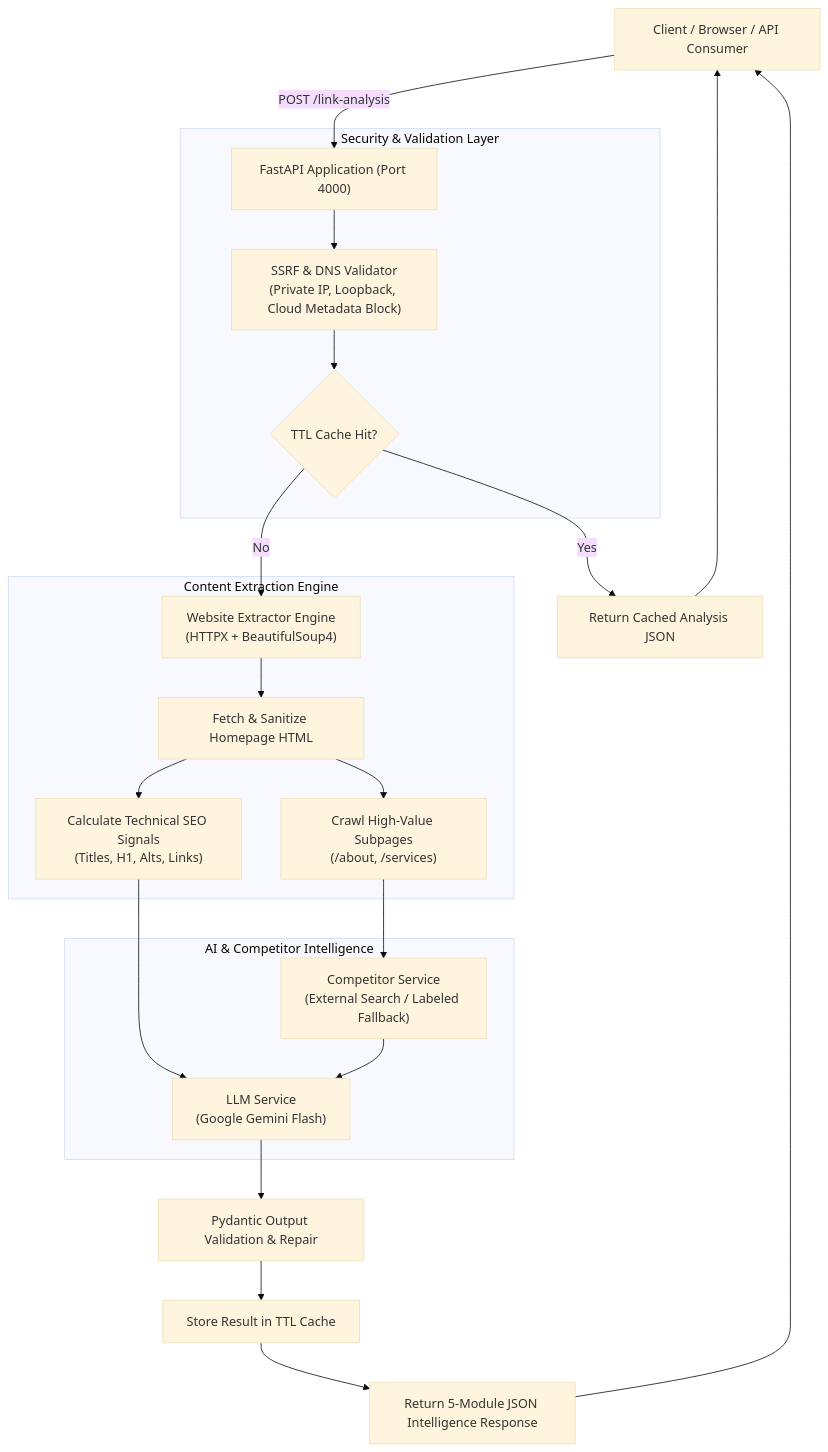
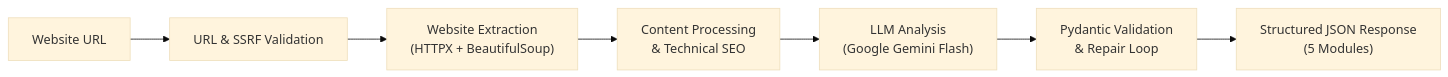
Before and after one commit to SyedAman1907/Site_PulseAI: the diagram in README.md, drawn with Mermaid (base theme). The commit also changed other lines of this file, not shown here.

````diff
--- a/README.md
+++ b/README.md
@@ -78,30 +63,9 @@
 ```mermaid
-flowchart TD
-    Client["Client / Browser / API Consumer"] -->|POST /link-analysis| API["FastAPI Application (Port 4000)"]
-    
-    subgraph Security ["Security & Validation Layer"]
-        API --> VAL["SSRF & DNS Validator\n(Private IP, Loopback, Cloud Metadata Block)"]
-        VAL --> CACHE{"TTL Cache Hit?"}
-    end
-
-    CACHE -->|Yes| RespFast["Return Cached Analysis JSON"]
-    CACHE -->|No| EXT["Website Extractor Engine\n(HTTPX + BeautifulSoup4)"]
-
-    subgraph Extraction ["Content Extraction Engine"]
-        EXT --> FetchHome["Fetch & Sanitize Homepage HTML"]
-        FetchHome --> SEOHealth["Calculate Technical SEO Signals\n(Titles, H1, Alts, Links)"]
-        FetchHome --> SubCrawl["Crawl High-Value Subpages\n(/about, /services)"]
-    end
-
-    subgraph Intelligence ["AI & Competitor Intelligence"]
-        SubCrawl --> COMP["Competitor Service\n(External Search / Labeled Fallback)"]
-        SEOHealth --> LLM["LLM Service\n(Google Gemini Flash)"]
-        COMP --> LLM
-    end
-
-    LLM --> PydanticVal["Pydantic Output Validation & Repair"]
-    PydanticVal --> CacheSet["Store Result in TTL Cache"]
-    CacheSet --> Resp["Return 5-Module JSON Intelligence Response"]
-    RespFast --> Client
-    Resp --> Client
+flowchart LR
+    URL["Website URL"] --> VAL["URL & SSRF Validation"]
+    VAL --> EXT["Website Extraction\n(HTTPX + BeautifulSoup)"]
+    EXT --> PROC["Content Processing\n& Technical SEO"]
+    PROC --> LLM["LLM Analysis\n(Google Gemini Flash)"]
+    LLM --> PYD["Pydantic Validation\n& Repair Loop"]
+    PYD --> JSON["Structured JSON Response\n(5 Modules)"]
 ```
````
